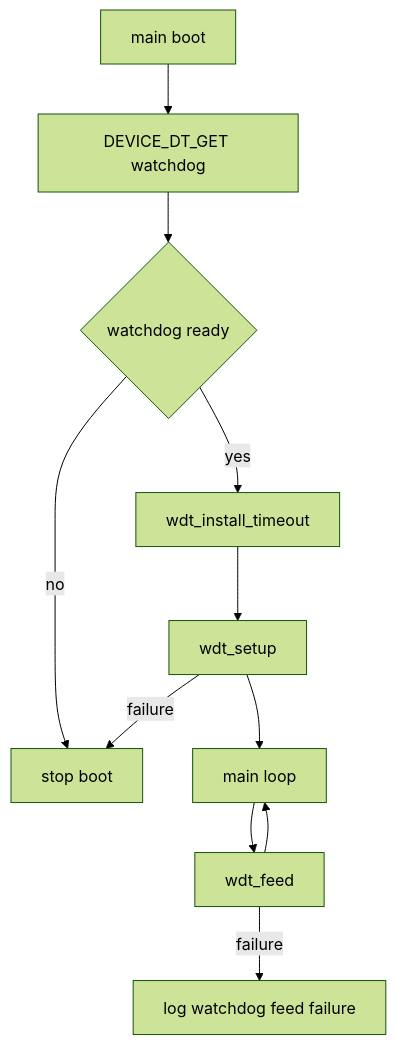
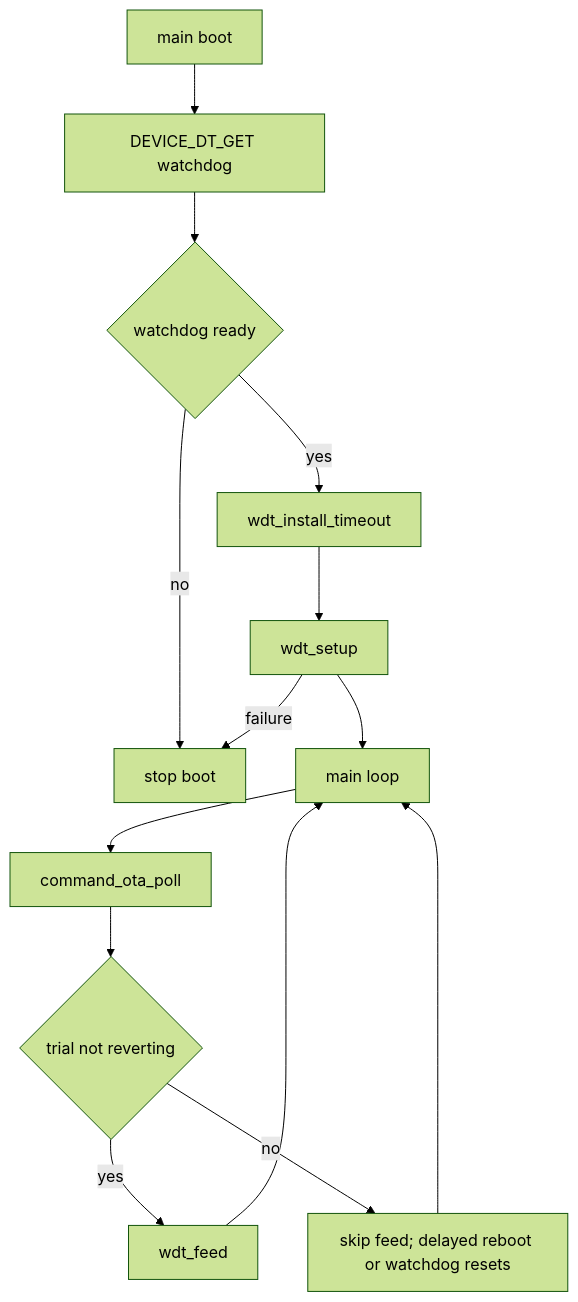
Diagram 20 of 25 in doc/diagrams.md (COO-Utilities/hispec-tib), drawn with Mermaid (forest theme) before and after one commit. The commit also changed other lines of this file and 39 other files, not shown here.

````diff
--- a/doc/diagrams.md
+++ b/doc/diagrams.md
@@ -432,13 +447,16 @@
 ```mermaid
 flowchart TD
   Boot[main boot] --> Lookup[DEVICE_DT_GET watchdog]
   Lookup --> Ready{watchdog ready}
   Ready -- no --> Stop[stop boot]
   Ready -- yes --> Install[wdt_install_timeout]
   Install --> Setup[wdt_setup]
   Setup -- failure --> Stop
   Setup --> Loop[main loop]
-  Loop --> Feed[wdt_feed]
+  Loop --> OTA[command_ota_poll]
+  OTA --> Allowed{trial not reverting}
+  Allowed -- yes --> Feed[wdt_feed]
+  Allowed -- no --> Rollback[skip feed; delayed reboot or watchdog resets]
   Feed --> Loop
-  Feed -- failure --> Log[log watchdog feed failure]
+  Rollback --> Loop
 ```
````
